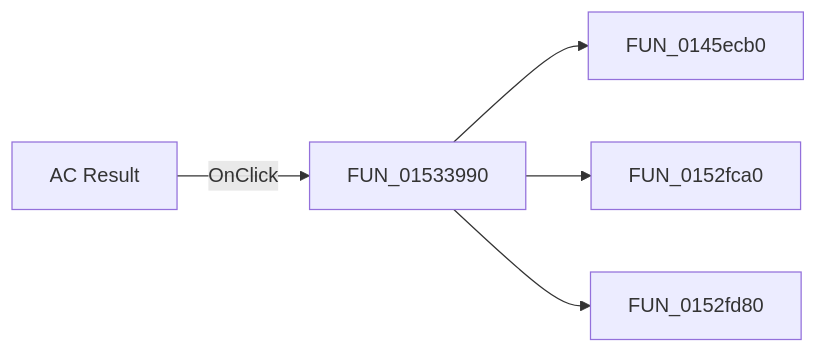
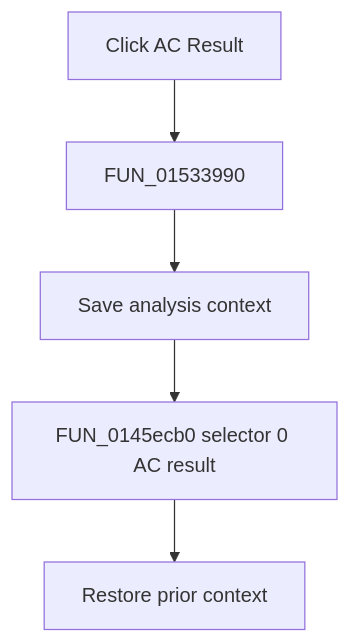
One commit to MovGP0/TIARA changed the diagram in docs/ui-controls/netlisteditor/miacresult-0b7f3d13f6.md. Above: the diagram before and after it, drawn with Mermaid. The commit also changed other lines of this file and 1062 other files, not shown here.

````diff
--- a/docs/ui-controls/netlisteditor/miacresult-0b7f3d13f6.md
+++ b/docs/ui-controls/netlisteditor/miacresult-0b7f3d13f6.md
@@ -27,7 +29,7 @@
 ```mermaid
-flowchart LR
-    control["AC Result"] -->|OnClick| handler["FUN_01533990"]
-    handler --> call1["FUN_0145ecb0"]
-    handler --> call2["FUN_0152fca0"]
-    handler --> call3["FUN_0152fd80"]
+flowchart TD
+    control["Click AC Result"] --> handler["FUN_01533990"]
+    handler --> prepare["Save analysis context"]
+    prepare --> action["FUN_0145ecb0 selector 0 AC result"]
+    action --> restore["Restore prior context"]
 ```
````
